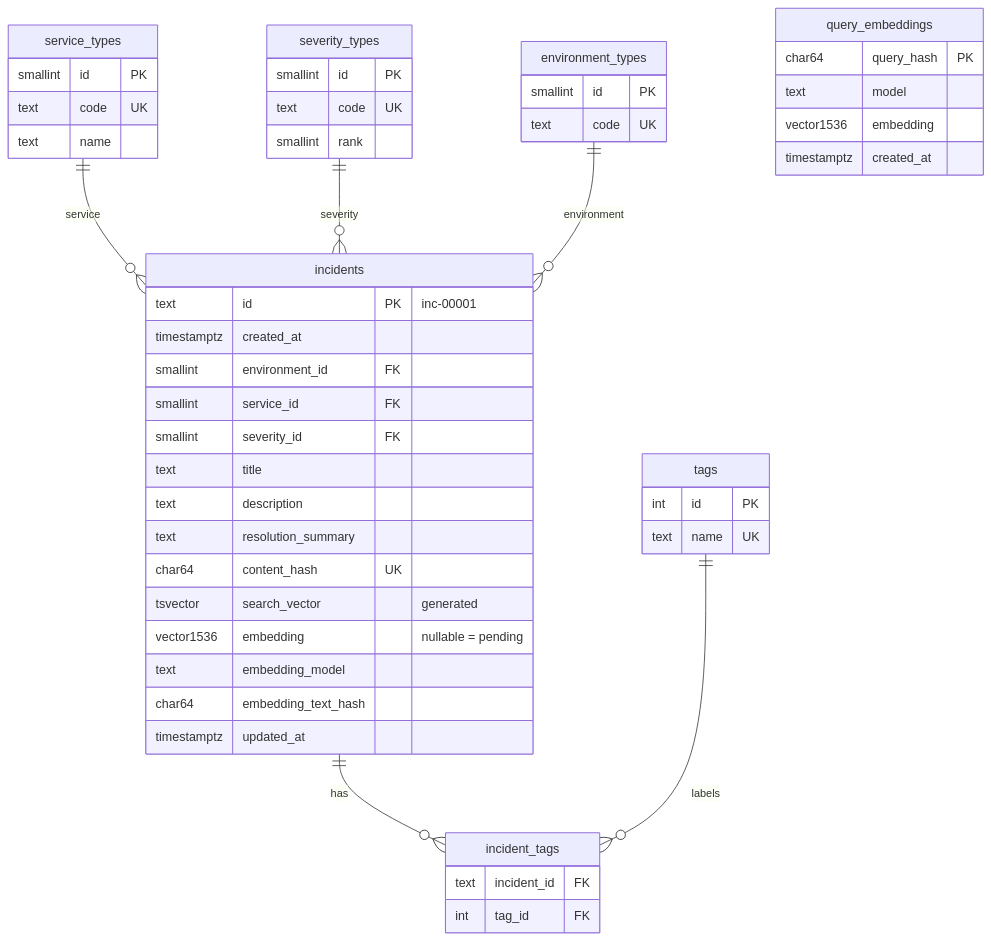
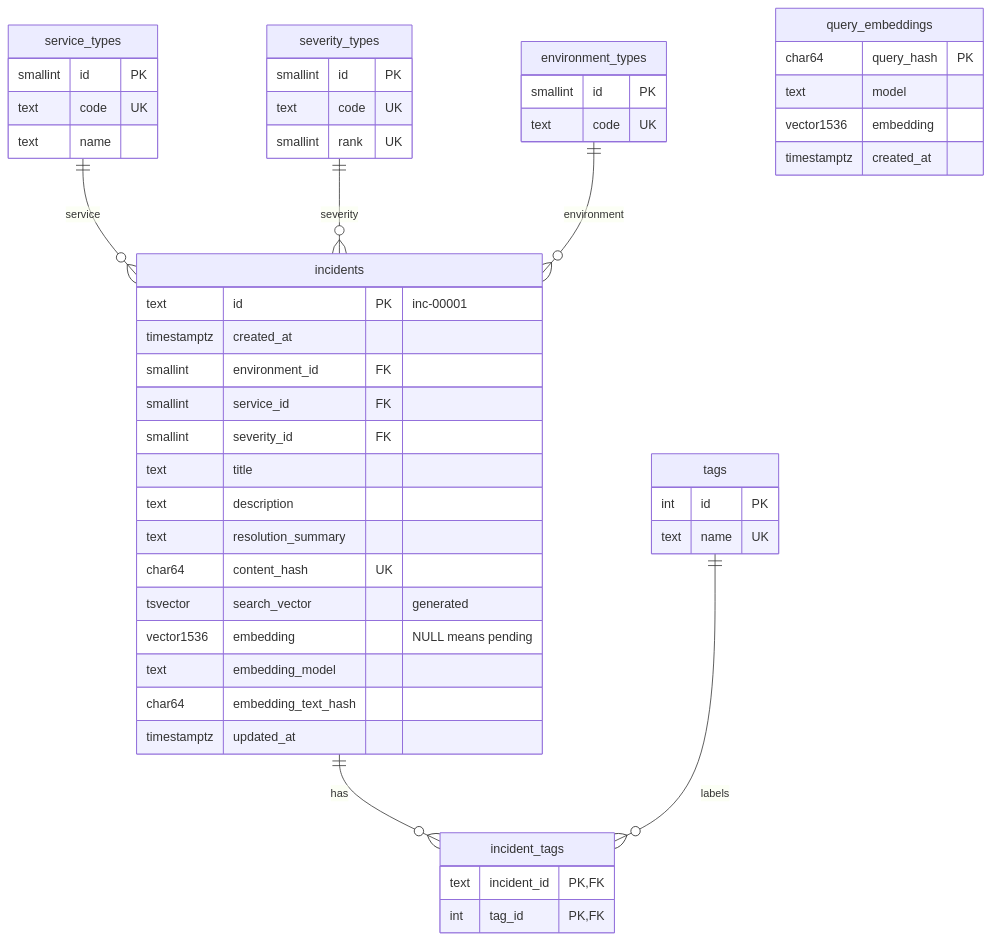
Before and after one commit to gustavomoises/dayforce: the sixth of 8 diagrams in .kiro/specs/incident-triage-api/design.md, drawn with Mermaid. The commit also changed other lines of this file and 25 other files, not shown here.

Commit message:
task 8: README, PROMPTS, AI-NOTES, TRADEOFFS, live tests, Postman, synced architecture docs; remove pre-task leftovers

````diff
--- a/.kiro/specs/incident-triage-api/design.md
+++ b/.kiro/specs/incident-triage-api/design.md
@@ -197,53 +224,53 @@
 ```mermaid
 erDiagram
-    service_types     ||--o{ incidents     : service
-    severity_types    ||--o{ incidents     : severity
-    environment_types ||--o{ incidents     : environment
-    incidents         ||--o{ incident_tags : has
-    tags              ||--o{ incident_tags : labels
+    service_types     ||--o{ incidents     : "service"
+    severity_types    ||--o{ incidents     : "severity"
+    environment_types ||--o{ incidents     : "environment"
+    incidents         ||--o{ incident_tags : "has"
+    tags              ||--o{ incident_tags : "labels"
 
     incidents {
         text        id PK "inc-00001"
         timestamptz created_at
         smallint    environment_id FK
         smallint    service_id FK
         smallint    severity_id FK
         text        title
         text        description
         text        resolution_summary
         char64      content_hash UK
         tsvector    search_vector "generated"
-        vector1536  embedding "nullable = pending"
+        vector1536  embedding "NULL means pending"
         text        embedding_model
         char64      embedding_text_hash
         timestamptz updated_at
     }
     tags {
         int  id PK
         text name UK
     }
     incident_tags {
-        text incident_id FK
-        int  tag_id FK
+        text incident_id PK, FK
+        int  tag_id PK, FK
     }
     service_types {
         smallint id PK
         text     code UK
         text     name
     }
     severity_types {
         smallint id PK
         text     code UK
-        smallint rank
+        smallint rank UK
     }
     environment_types {
         smallint id PK
         text     code UK
     }
     query_embeddings {
         char64      query_hash PK
         text        model
         vector1536  embedding
         timestamptz created_at
     }
 ```
````
